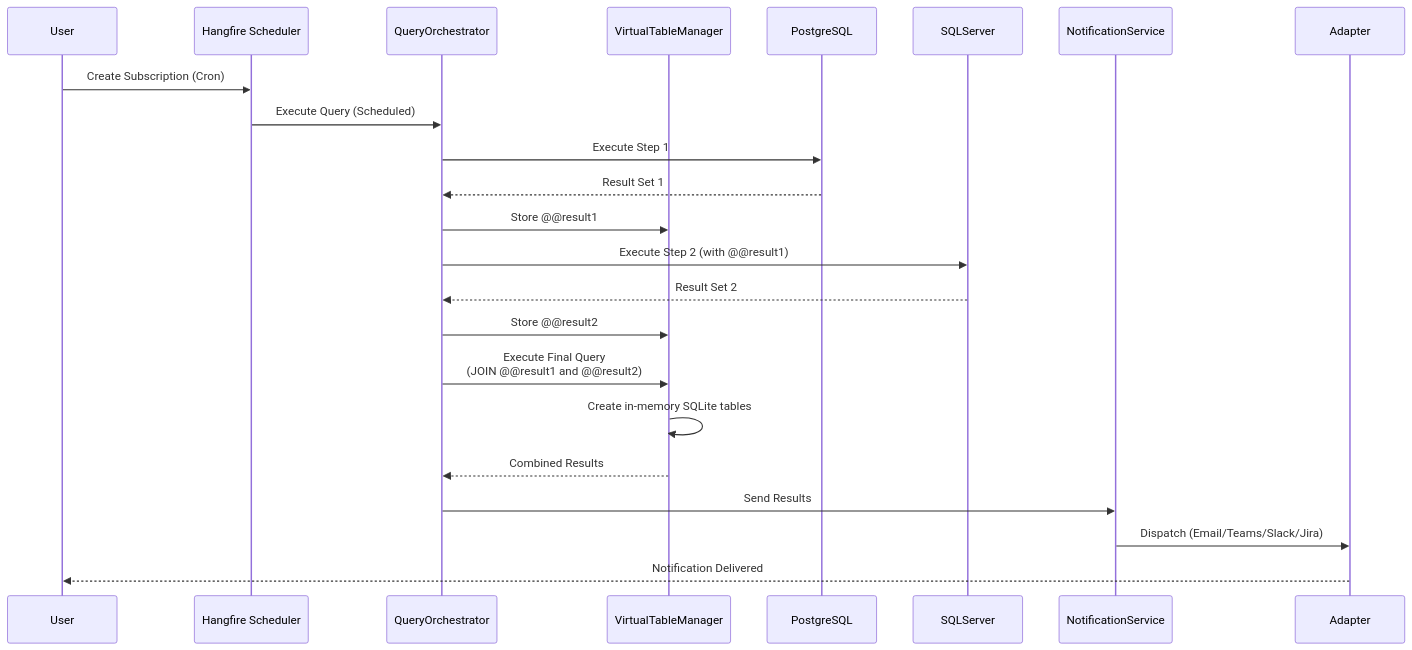
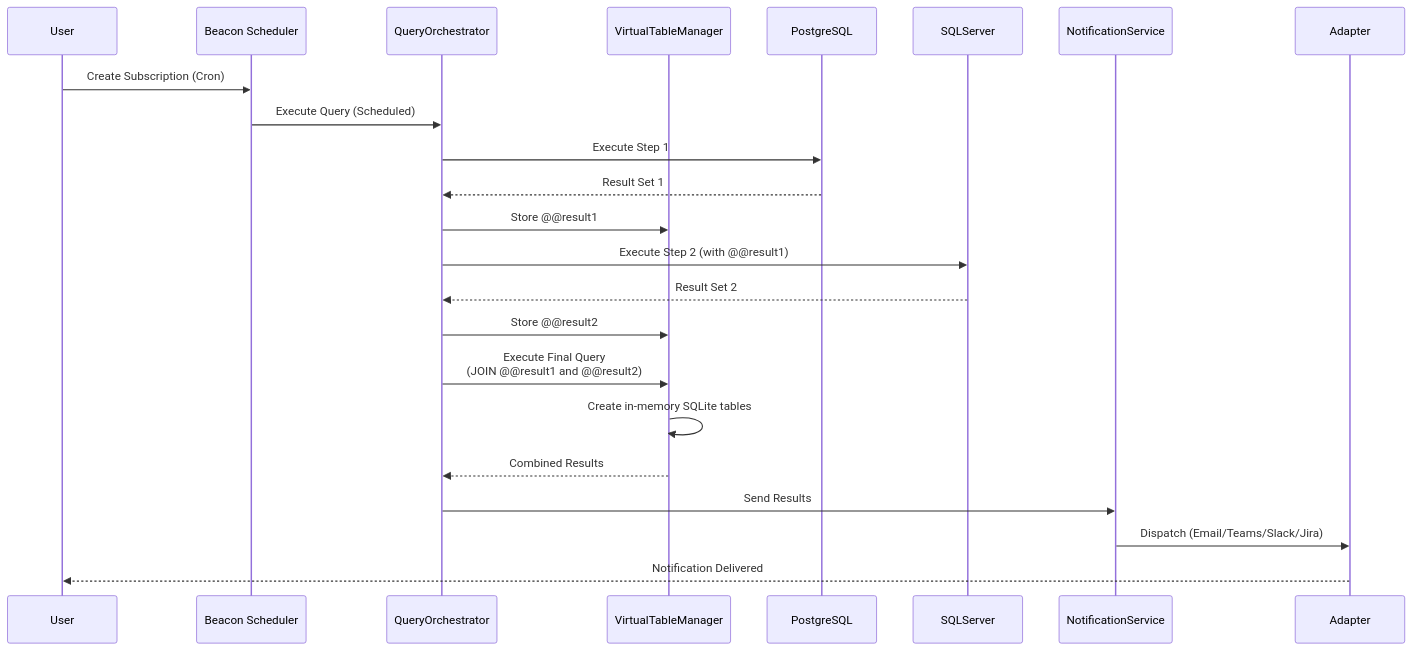
The second of 2 diagrams in README.md (moberghr/beacon), drawn with Mermaid before and after one commit. The commit also changed other lines of this file and 9 other files, not shown here.

First line of the commit message:
docs: remove hangfire from readme and docs, scheduling is pluggable via IBeaconScheduler

````diff
--- a/README.md
+++ b/README.md
@@ -207,30 +206,30 @@
 ```mermaid
 sequenceDiagram
     participant User
-    participant Scheduler as Hangfire Scheduler
+    participant Scheduler as Beacon Scheduler
     participant QueryOrchestrator
     participant VirtualTableManager
     participant PostgreSQL
     participant SQLServer
     participant NotificationService
     participant Adapter
 
     User->>Scheduler: Create Subscription (Cron)
     Scheduler->>QueryOrchestrator: Execute Query (Scheduled)
 
     QueryOrchestrator->>PostgreSQL: Execute Step 1
     PostgreSQL-->>QueryOrchestrator: Result Set 1
     QueryOrchestrator->>VirtualTableManager: Store @@result1
 
     QueryOrchestrator->>SQLServer: Execute Step 2 (with @@result1)
     SQLServer-->>QueryOrchestrator: Result Set 2
     QueryOrchestrator->>VirtualTableManager: Store @@result2
 
     QueryOrchestrator->>VirtualTableManager: Execute Final Query<br/>(JOIN @@result1 and @@result2)
     VirtualTableManager->>VirtualTableManager: Create in-memory SQLite tables
     VirtualTableManager-->>QueryOrchestrator: Combined Results
 
     QueryOrchestrator->>NotificationService: Send Results
     NotificationService->>Adapter: Dispatch (Email/Teams/Slack/Jira)
     Adapter-->>User: Notification Delivered
 ```
````
